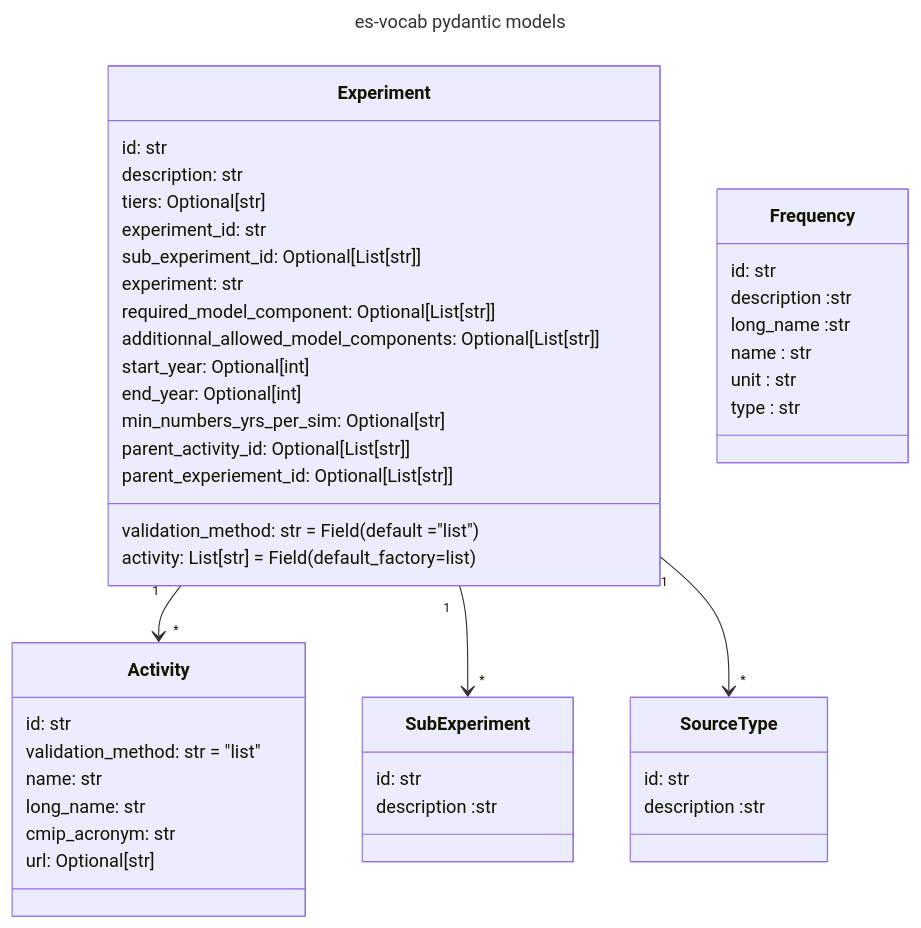
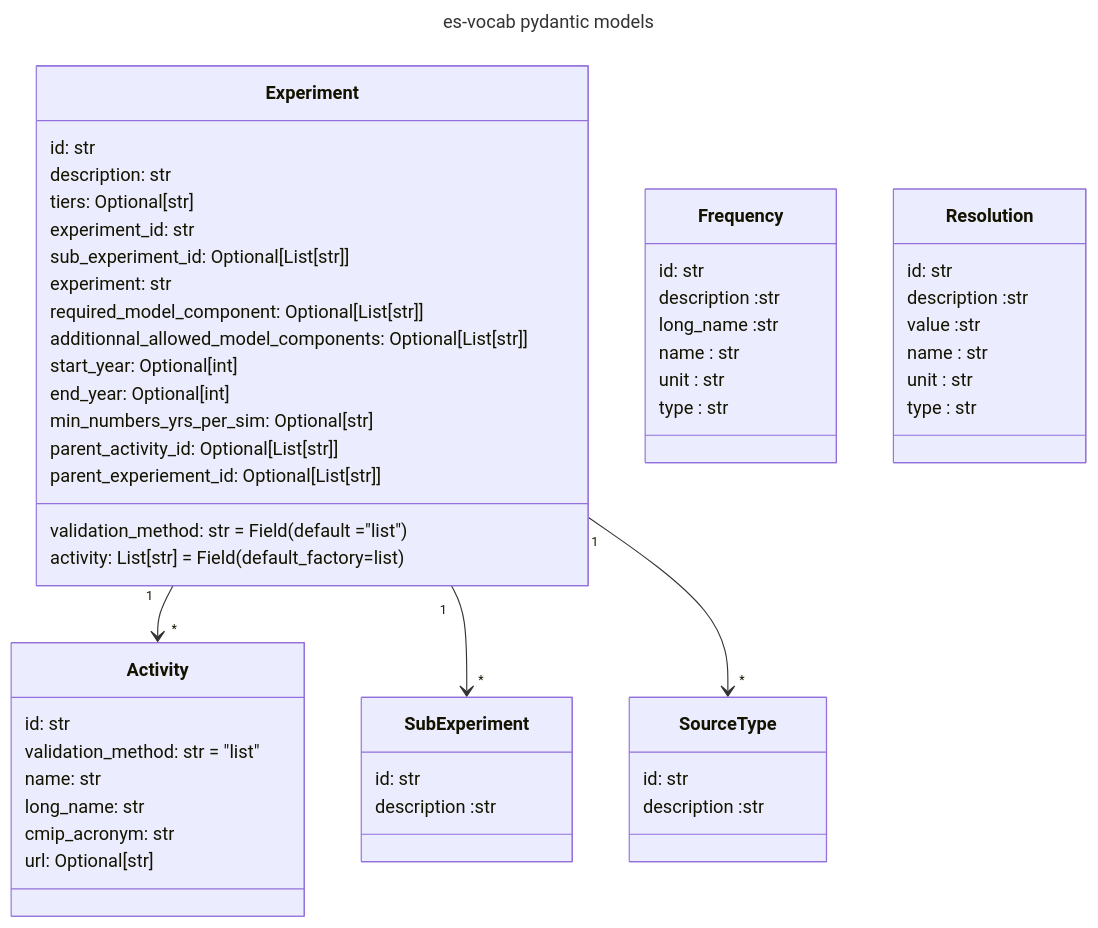
One commit to PCMDI/mip-cmor-tables changed the first of 2 diagrams in TODO.md. Above: the diagram before and after it, drawn with Mermaid. The commit also changed other lines of this file and 1 other file, not shown here.

Commit message:
resoltion context + TODO iupdate

````diff
--- a/TODO.md
+++ b/TODO.md
@@ -85,61 +85,73 @@
 ``` mermaid
 ---
 title: es-vocab pydantic models 
 ---
 classDiagram
     Experiment "1" --> "*" Activity
     Experiment "1" --> "*" SubExperiment
     Experiment "1" --> "*" SourceType
 
 
     class Frequency{
     id: str 
     description :str
     long_name :str 
     name : str 
     unit : str 
     type : str 
     
     }
     class Activity{
 
     id: str 
     validation_method: str = "list"
     name: str 
     long_name: str 
     cmip_acronym: str 
     url: Optional[str] 
 
     }
     
     class Experiment{
         id: str 
     validation_method: str = Field(default ="list")
     activity: List[str] = Field(default_factory=list)
     description: str 
     tiers: Optional[str] 
     experiment_id: str 
     sub_experiment_id: Optional[List[str]] 
     experiment: str 
     required_model_component: Optional[List[str]] 
     additionnal_allowed_model_components: Optional[List[str]] 
     start_year: Optional[int] 
     end_year: Optional[int] 
     min_numbers_yrs_per_sim: Optional[str] 
     parent_activity_id: Optional[List[str]] 
     parent_experiement_id: Optional[List[str]] 
 
     }
     class SubExperiment{
 
     id: str 
     description :str
 }
      class SourceType{
 
     id: str 
     description :str
 }   
 
 
+class Resolution {
+
+
+
+    id: str 
+    description :str
+    value :str 
+    name : str 
+    unit : str 
+    type : str 
+}
+
 ```
````
